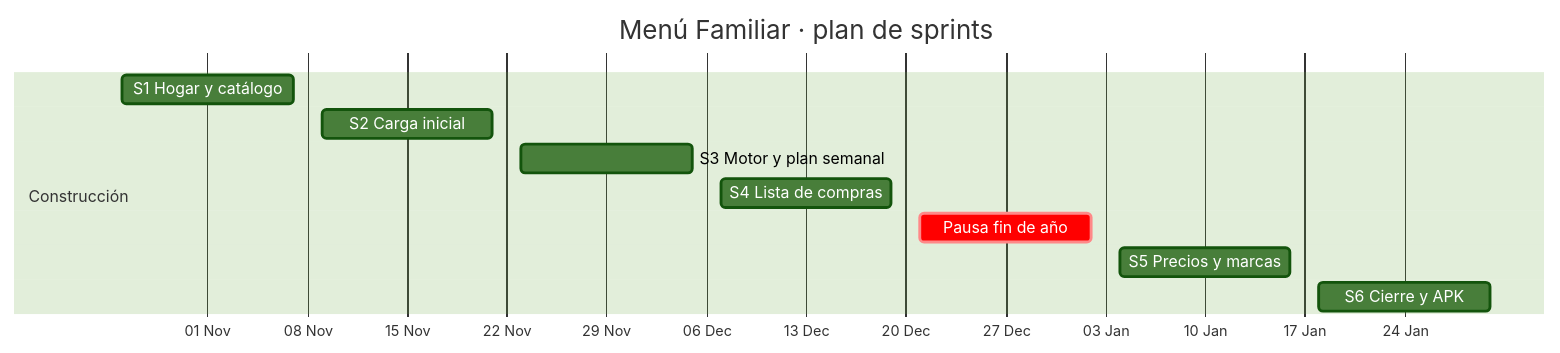
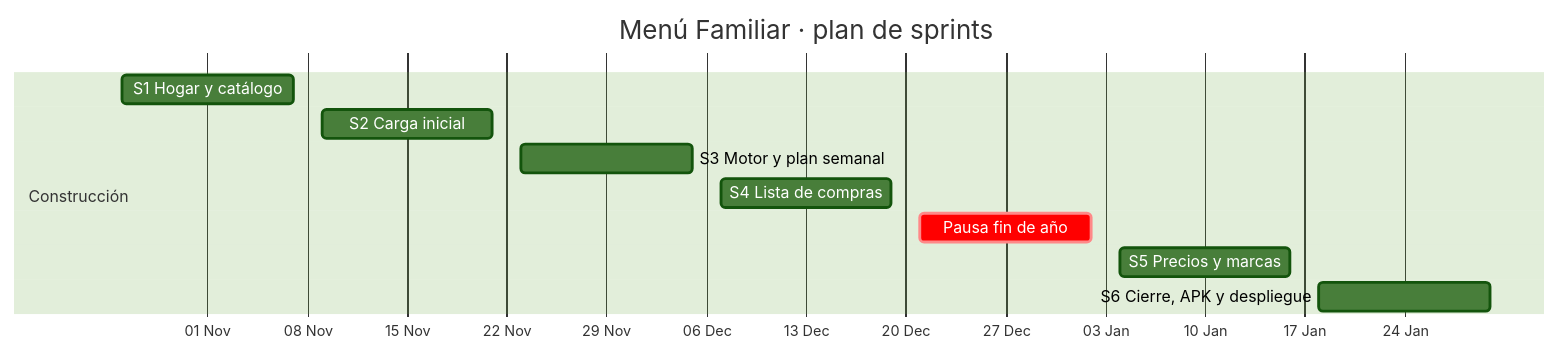
One commit to devrenerosales/App_Comidas changed the diagram in docs/00-planificacion/plan-sprints.md. Above: the diagram before and after it, drawn with Mermaid (forest theme). The commit also changed other lines of this file and 2 other files, not shown here.

First line of the commit message:
docs(planificacion): el despliegue en Oracle Cloud pasa al Sprint 6 (D-16)

````diff
--- a/docs/00-planificacion/plan-sprints.md
+++ b/docs/00-planificacion/plan-sprints.md
@@ -20,14 +20,14 @@
 ```mermaid
 gantt
   title Menú Familiar · plan de sprints
   dateFormat YYYY-MM-DD
   axisFormat %d %b
   section Construcción
   S1 Hogar y catálogo        :s1, 2026-10-26, 12d
   S2 Carga inicial           :s2, 2026-11-09, 12d
   S3 Motor y plan semanal    :s3, 2026-11-23, 12d
   S4 Lista de compras        :s4, 2026-12-07, 12d
   Pausa fin de año           :crit, p1, 2026-12-21, 12d
   S5 Precios y marcas        :s5, 2027-01-04, 12d
-  S6 Cierre y APK            :s6, 2027-01-18, 12d
+  S6 Cierre, APK y despliegue :s6, 2027-01-18, 12d
 ```
````
